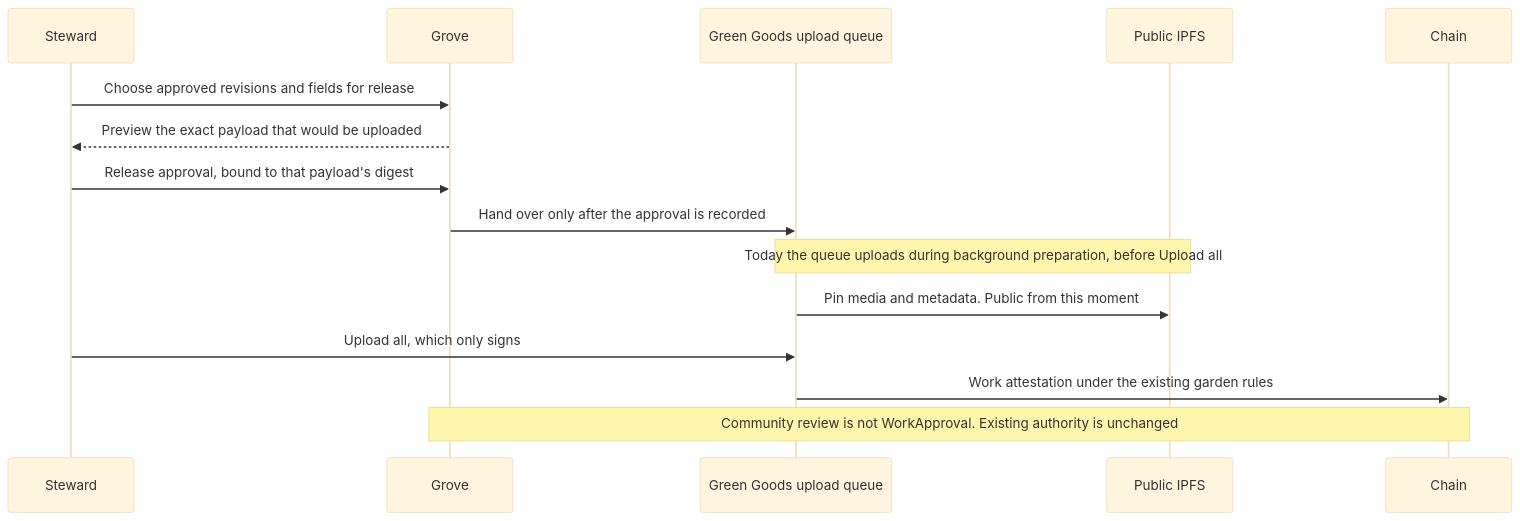
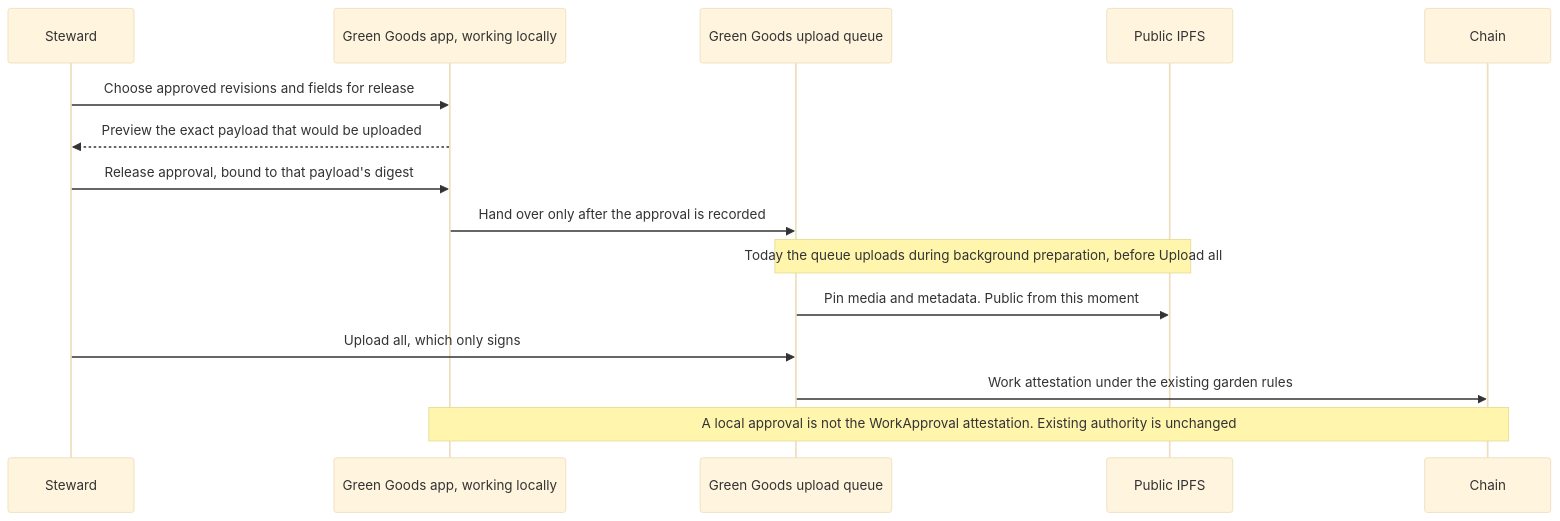
One commit to greenpill-dev-guild/green-goods changed the tenth of 15 diagrams in .plans/ideas/grove/architecture-flows.md. Above: the diagram before and after it, drawn with Mermaid (base theme). The commit also changed other lines of this file and 16 other files, not shown here.

First line of the commit message:
docs(plans): reframe the hub as Green Goods working fully locally

````diff
--- a/.plans/ideas/grove/architecture-flows.md
+++ b/.plans/ideas/grove/architecture-flows.md
@@ -195,17 +219,17 @@
 ```mermaid
 sequenceDiagram
   participant S as Steward
-  participant G as Grove
+  participant G as Green Goods app, working locally
   participant Q as Green Goods upload queue
   participant I as Public IPFS
   participant C as Chain
   S->>G: Choose approved revisions and fields for release
   G-->>S: Preview the exact payload that would be uploaded
   S->>G: Release approval, bound to that payload's digest
   G->>Q: Hand over only after the approval is recorded
   Note over Q,I: Today the queue uploads during background preparation, before Upload all
   Q->>I: Pin media and metadata. Public from this moment
   S->>Q: Upload all, which only signs
   Q->>C: Work attestation under the existing garden rules
-  Note over G,C: Community review is not WorkApproval. Existing authority is unchanged
+  Note over G,C: A local approval is not the WorkApproval attestation. Existing authority is unchanged
 ```
````
